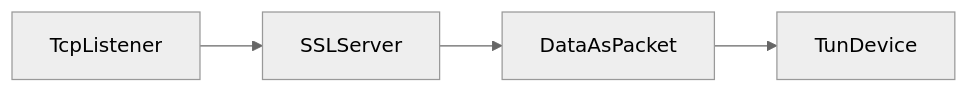
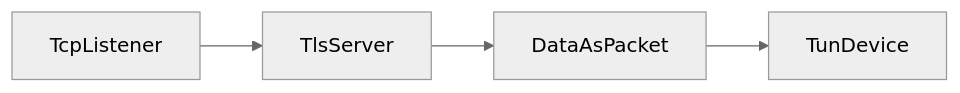
Before and after one commit to bigmoveus/WaterWall-Docs: the second of 8 diagrams in docs/01-getting-started/tutorial-part4.mdx, drawn with Mermaid (neutral theme). The commit also changed other lines of this file and 3 other files, not shown here.

````diff
--- a/docs/01-getting-started/tutorial-part4.mdx
+++ b/docs/01-getting-started/tutorial-part4.mdx
@@ -82,4 +82,4 @@
 ```mermaid
 flowchart LR;
-    TcpListener --> SSLServer --> DataAsPacket --> TunDevice
+    TcpListener --> TlsServer --> DataAsPacket --> TunDevice
 ```
````
